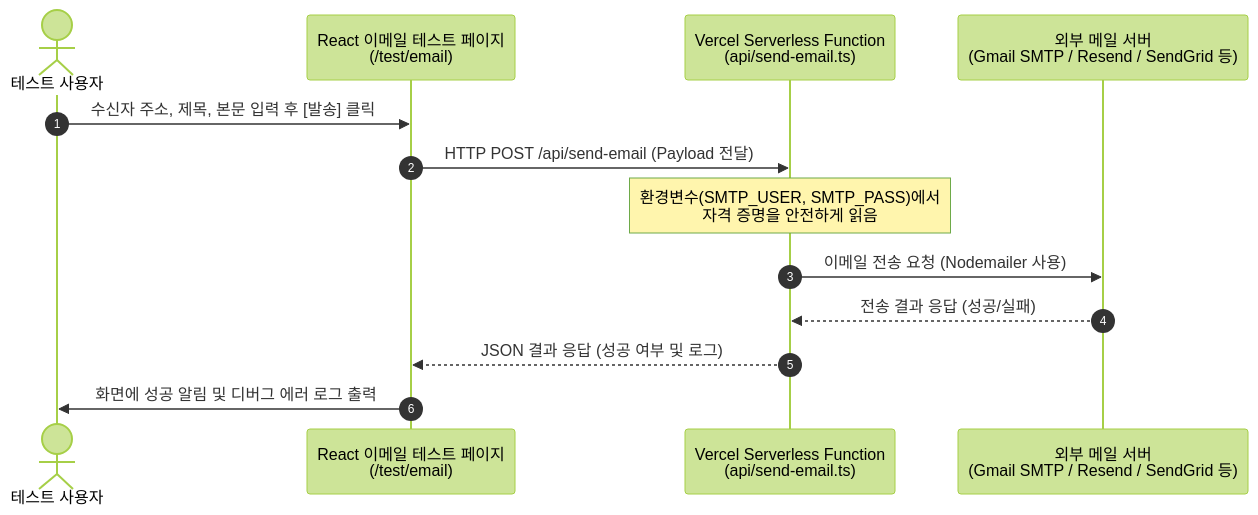
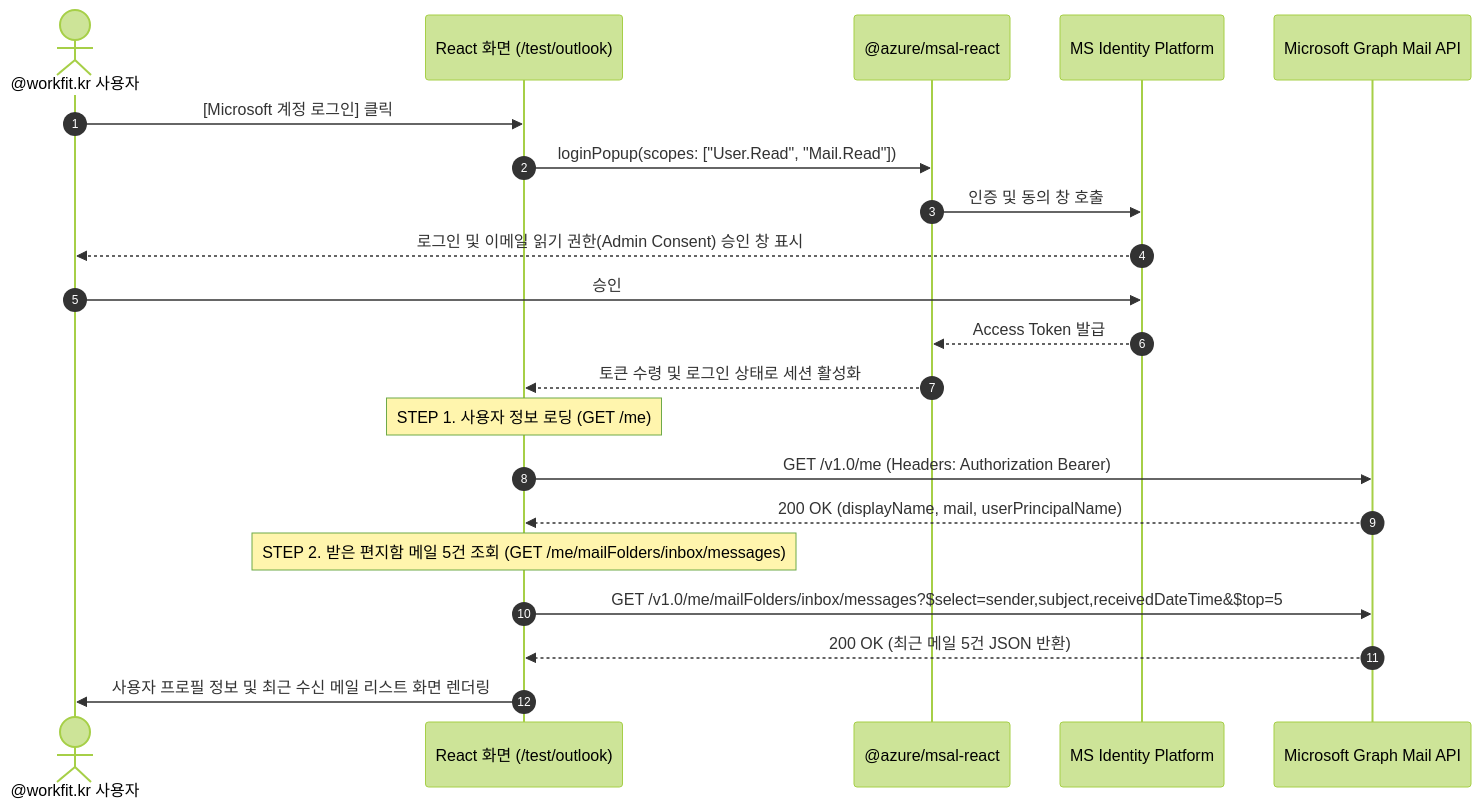
Before and after one commit to lucaskim365/workfit-office: the diagram in implement/이메일연동.md, drawn with Mermaid (forest theme). The commit also changed other lines of this file and 1 other file, not shown here.

Commit message:
이메일 연동 계획서 작성

````diff
--- a/implement/이메일연동.md
+++ b/implement/이메일연동.md
@@ -18,16 +71,26 @@
 ```mermaid
 sequenceDiagram
     autonumber
-    actor Tester as 테스트 사용자
-    participant UI as React 이메일 테스트 페이지<br/>(/test/email)
-    participant API as Vercel Serverless Function<br/>(api/send-email.ts)
-    participant SMTP as 외부 메일 서버<br/>(Gmail SMTP / Resend / SendGrid 등)
-
-    Tester->>UI: 수신자 주소, 제목, 본문 입력 후 [발송] 클릭
-    UI->>API: HTTP POST /api/send-email (Payload 전달)
-    Note over API: 환경변수(SMTP_USER, SMTP_PASS)에서<br/>자격 증명을 안전하게 읽음
-    API->>SMTP: 이메일 전송 요청 (Nodemailer 사용)
-    SMTP-->>API: 전송 결과 응답 (성공/실패)
-    API-->>UI: JSON 결과 응답 (성공 여부 및 로그)
-    UI->>Tester: 화면에 성공 알림 및 디버그 에러 로그 출력
+    actor User as @workfit.kr 사용자
+    participant UI as React 화면 (/test/outlook)
+    participant MSAL as @azure/msal-react
+    participant MSID as MS Identity Platform
+    participant Graph as Microsoft Graph Mail API
+    
+    User->>UI: [Microsoft 계정 로그인] 클릭
+    UI->>MSAL: loginPopup(scopes: ["User.Read", "Mail.Read"])
+    MSAL->>MSID: 인증 및 동의 창 호출
+    MSID-->>User: 로그인 및 이메일 읽기 권한(Admin Consent) 승인 창 표시
+    User->>MSID: 승인
+    MSID-->>MSAL: Access Token 발급
+    MSAL-->>UI: 토큰 수령 및 로그인 상태로 세션 활성화
+    
+    Note over UI: STEP 1. 사용자 정보 로딩 (GET /me)
+    UI->>Graph: GET /v1.0/me (Headers: Authorization Bearer)
+    Graph-->>UI: 200 OK (displayName, mail, userPrincipalName)
+    
+    Note over UI: STEP 2. 받은 편지함 메일 5건 조회 (GET /me/mailFolders/inbox/messages)
+    UI->>Graph: GET /v1.0/me/mailFolders/inbox/messages?$select=sender,subject,receivedDateTime&$top=5
+    Graph-->>UI: 200 OK (최근 메일 5건 JSON 반환)
+    UI->>User: 사용자 프로필 정보 및 최근 수신 메일 리스트 화면 렌더링
 ```
````
